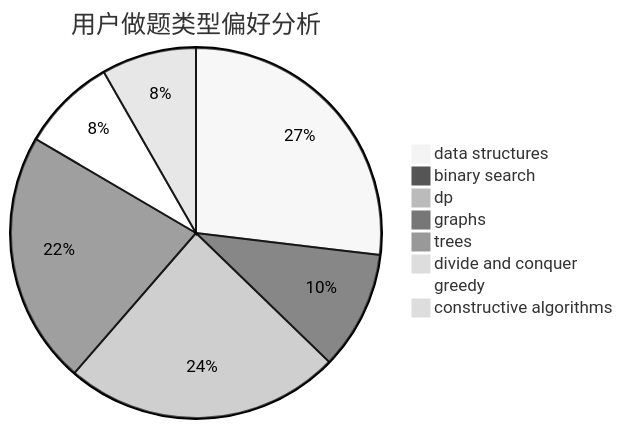
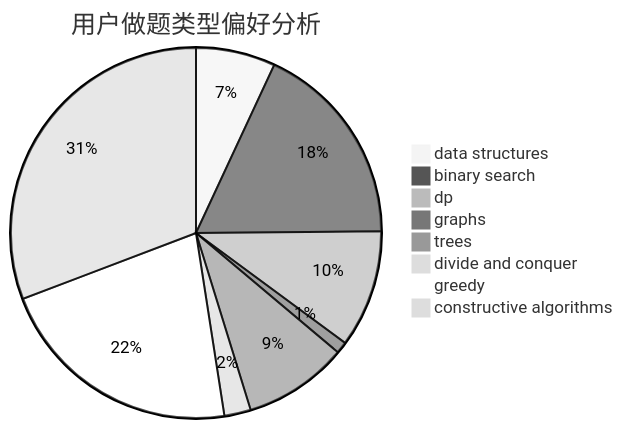
One commit to sherpahu/cfrs.github.io changed the second of 3 diagrams in docs/user/u522.md. Above: the diagram before and after it, drawn with Mermaid (neutral theme). The commit also changed other lines of this file and 2770 other files, not shown here.

````diff
--- a/docs/user/u522.md
+++ b/docs/user/u522.md
@@ -23,11 +23,11 @@
 ```mermaid
 pie title 用户做题类型偏好分析
-    "data structures" :  39
-    "binary search" :  15
-    "dp" :  35
-    "graphs" :  32
-    "trees" :  0
-    "divide and conquer" :  0
-    "greedy" :  12
-    "constructive algorithms" :  12
+    "data structures" :  48
+    "binary search" :  124
+    "dp" :  71
+    "graphs" :  7
+    "trees" :  63
+    "divide and conquer" :  16
+    "greedy" :  150
+    "constructive algorithms" :  213
 ```
````
